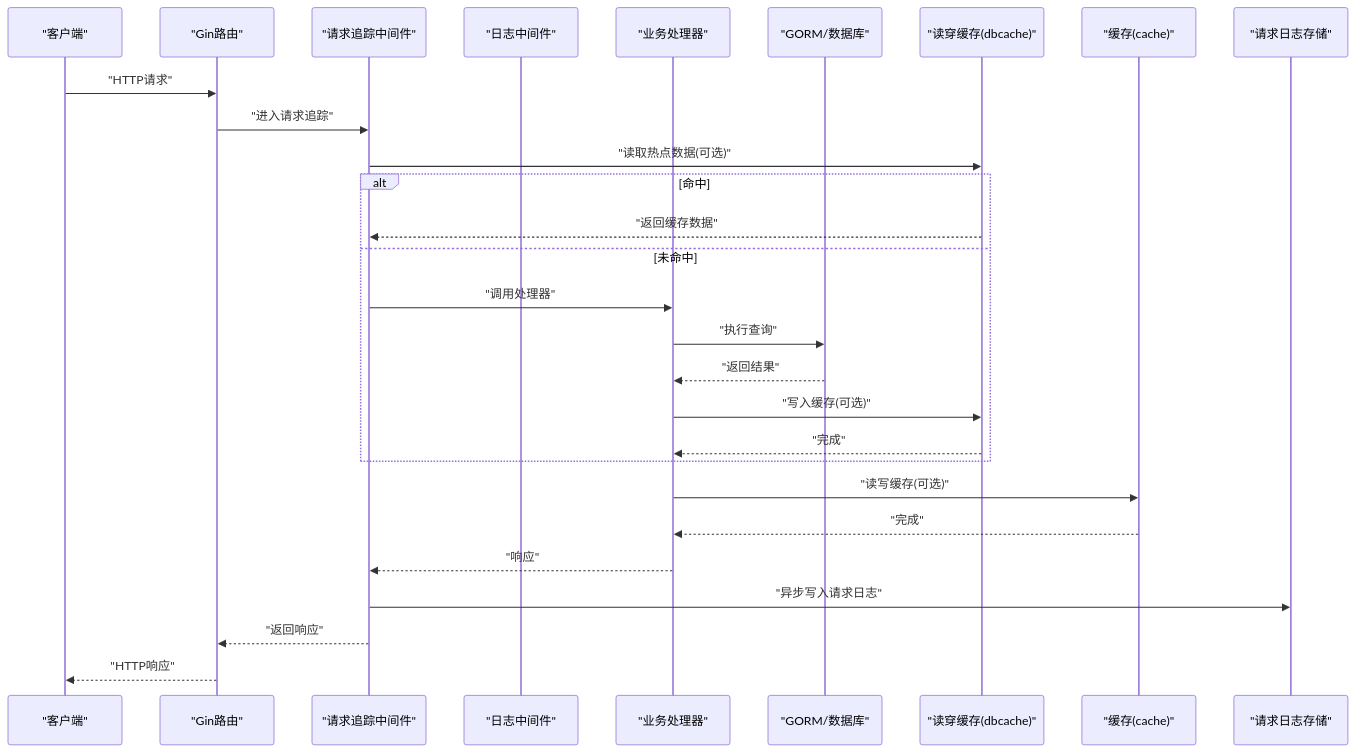
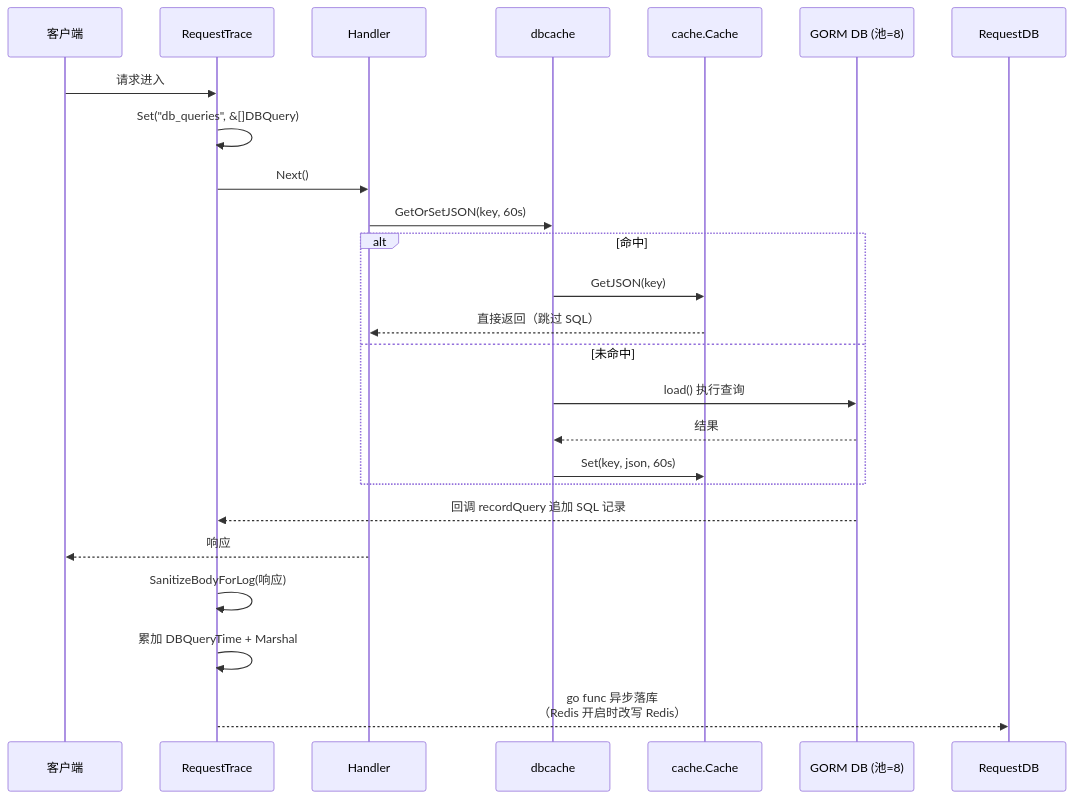
Before and after one commit to x01n/dnsplane: the first of 5 diagrams in docs/部署运维/性能优化与调优.md, drawn with Mermaid. The commit also changed other lines of this file and 326 other files, not shown here.

````diff
--- a/docs/部署运维/性能优化与调优.md
+++ b/docs/部署运维/性能优化与调优.md
@@ -113,30 +134,27 @@
 ```mermaid
 sequenceDiagram
-participant C as "客户端"
-participant G as "Gin路由"
-participant RT as "请求追踪中间件"
-participant LOG as "日志中间件"
-participant H as "业务处理器"
-participant DB as "GORM/数据库"
-participant DC as "读穿缓存(dbcache)"
-participant CA as "缓存(cache)"
-participant RL as "请求日志存储"
-C->>G : "HTTP请求"
-G->>RT : "进入请求追踪"
-RT->>DC : "读取热点数据(可选)"
+participant C as 客户端
+participant MW as RequestTrace
+participant H as Handler
+participant DC as dbcache
+participant CA as cache.Cache
+participant DB as GORM DB (池=8)
+participant RQ as RequestDB
+C->>MW : 请求进入
+MW->>MW : Set("db_queries", &[]DBQuery)
+MW->>H : Next()
+H->>DC : GetOrSetJSON(key, 60s)
 alt 命中
-DC-->>RT : "返回缓存数据"
+DC->>CA : GetJSON(key)
+CA-->>H : 直接返回（跳过 SQL）
 else 未命中
-RT->>H : "调用处理器"
-H->>DB : "执行查询"
-DB-->>H : "返回结果"
-H->>DC : "写入缓存(可选)"
-DC-->>H : "完成"
+DC->>DB : load() 执行查询
+DB-->>DC : 结果
+DC->>CA : Set(key, json, 60s)
 end
-H->>CA : "读写缓存(可选)"
-CA-->>H : "完成"
-H-->>RT : "响应"
-RT->>RL : "异步写入请求日志"
-RT-->>G : "返回响应"
-G-->>C : "HTTP响应"
+DB-->>MW : 回调 recordQuery 追加 SQL 记录
+H-->>C : 响应
+MW->>MW : SanitizeBodyForLog(响应)
+MW->>MW : 累加 DBQueryTime + Marshal
+MW-->>RQ : go func 异步落库<br/>（Redis 开启时改写 Redis）
 ```
````
